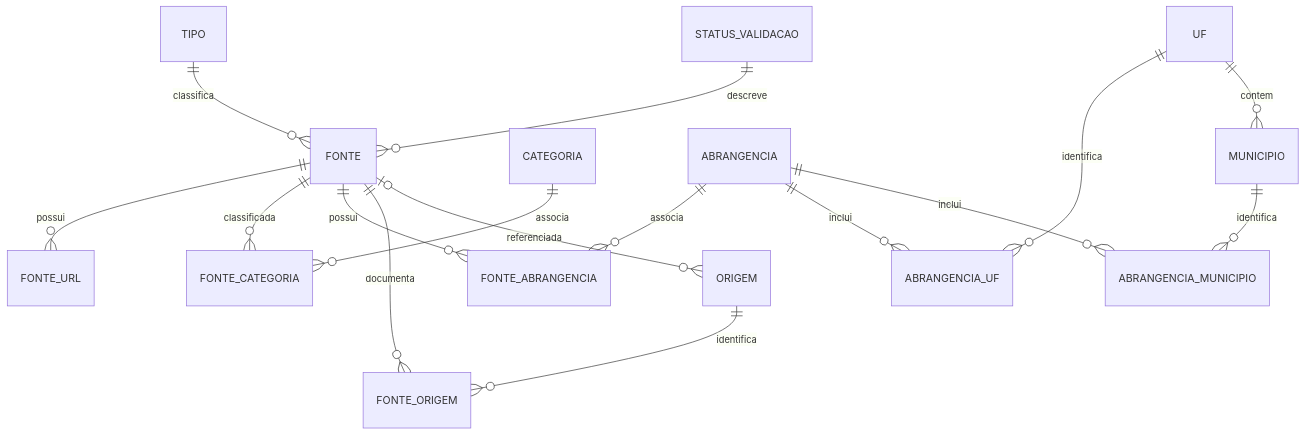
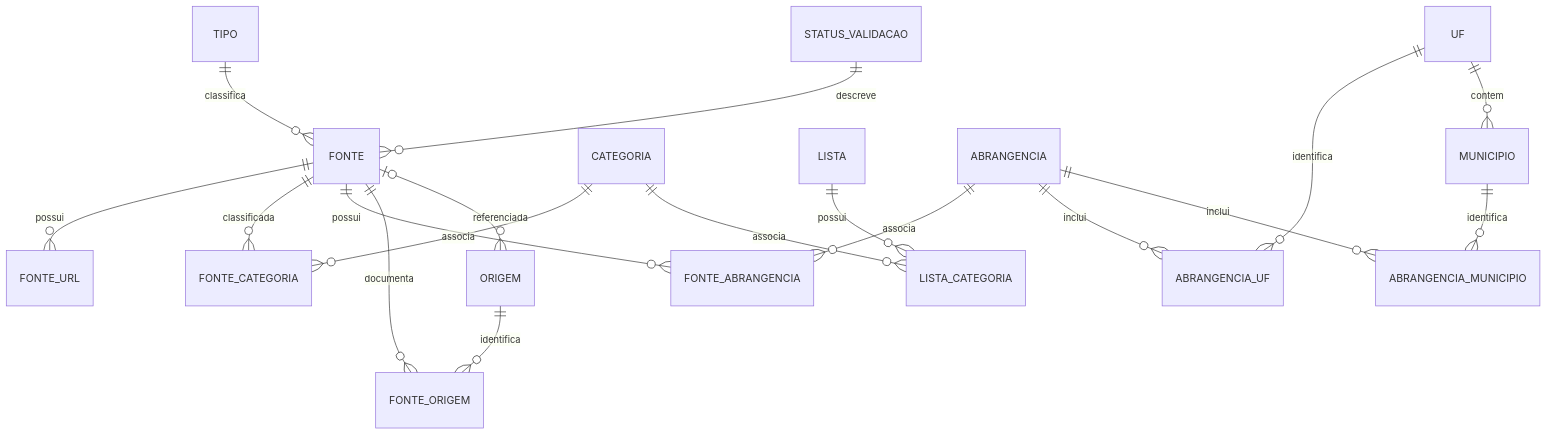
One commit to Rondoscopio/fontes-publicas changed the diagram in docs/catalogo-relacional.md. Above: the diagram before and after it, drawn with Mermaid. The commit also changed other lines of this file and 7 other files, not shown here.

````diff
--- a/docs/catalogo-relacional.md
+++ b/docs/catalogo-relacional.md
@@ -60,18 +62,20 @@
 ```mermaid
 erDiagram
     FONTE ||--o{ FONTE_URL : possui
     FONTE ||--o{ FONTE_CATEGORIA : classificada
     CATEGORIA ||--o{ FONTE_CATEGORIA : associa
+    LISTA ||--o{ LISTA_CATEGORIA : possui
+    CATEGORIA ||--o{ LISTA_CATEGORIA : associa
     TIPO ||--o{ FONTE : classifica
     STATUS_VALIDACAO ||--o{ FONTE : descreve
     FONTE ||--o{ FONTE_ABRANGENCIA : possui
     ABRANGENCIA ||--o{ FONTE_ABRANGENCIA : associa
     ABRANGENCIA ||--o{ ABRANGENCIA_UF : inclui
     UF ||--o{ ABRANGENCIA_UF : identifica
     ABRANGENCIA ||--o{ ABRANGENCIA_MUNICIPIO : inclui
     MUNICIPIO ||--o{ ABRANGENCIA_MUNICIPIO : identifica
     UF ||--o{ MUNICIPIO : contem
     FONTE ||--o{ FONTE_ORIGEM : documenta
     ORIGEM ||--o{ FONTE_ORIGEM : identifica
     FONTE o|--o{ ORIGEM : referenciada
 ```
````
